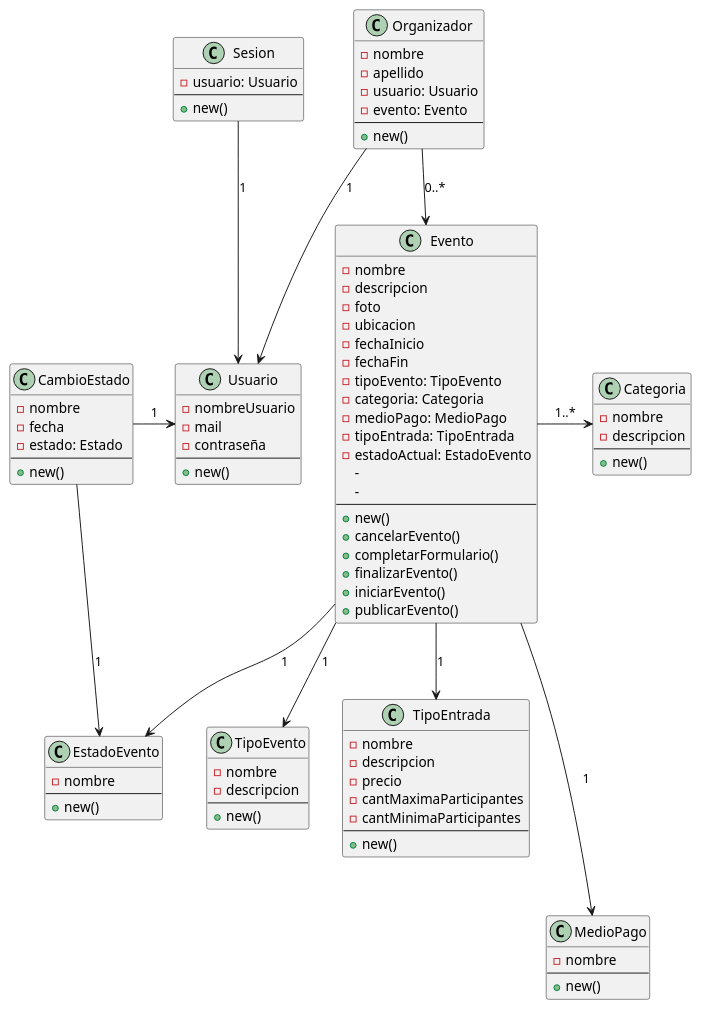
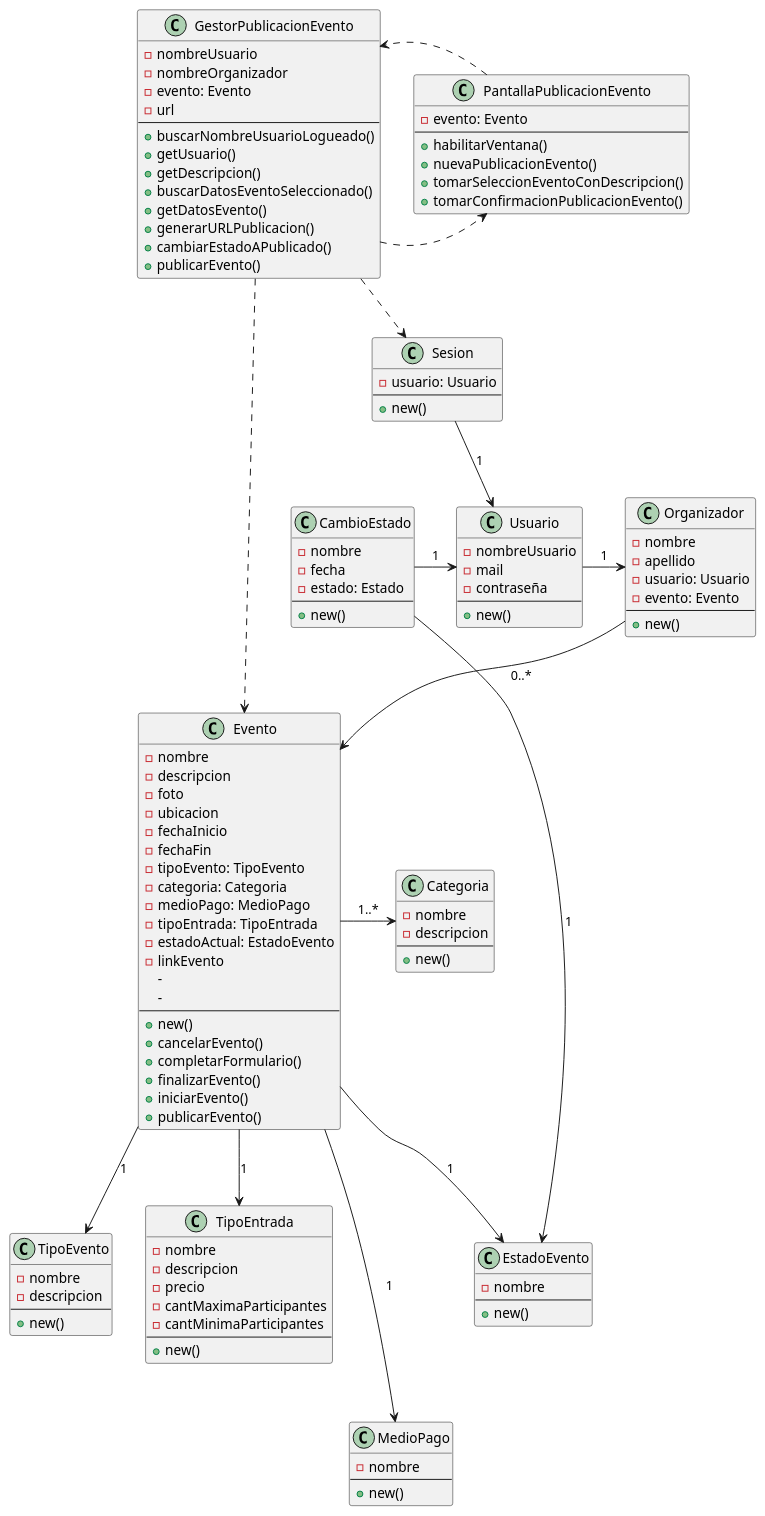
One commit to FeliDB/Diagramas_PUML changed the diagram in Eventos (nuestro)/clases.puml. Above: the diagram before and after it, drawn with PlantUML. The commit also changed 3 other files, not shown here.

```diff
--- a/Eventos (nuestro)/clases.puml
+++ b/Eventos (nuestro)/clases.puml
@@ -1,107 +1,138 @@
 @startuml
 
 class Evento{
     -nombre
     -descripcion
     -foto
     -ubicacion
     -fechaInicio
     -fechaFin
     -tipoEvento: TipoEvento
     -categoria: Categoria
     -medioPago: MedioPago
     -tipoEntrada: TipoEntrada
     -estadoActual: EstadoEvento
+    -linkEvento
     -
     -
     --
     +new()
     +cancelarEvento()
     +completarFormulario()
     +finalizarEvento()
     +iniciarEvento()
     +publicarEvento()
 }
 
 Evento -> Categoria: 1..*
 Evento --> TipoEvento: 1
 Evento --> TipoEntrada: 1
 Evento ---> MedioPago: 1
 Evento --> EstadoEvento: 1
 
 class TipoEntrada{
     -nombre
     -descripcion
     -precio
     -cantMaximaParticipantes
     -cantMinimaParticipantes
     --
     +new()
 }
 
 class Categoria{
     -nombre
     -descripcion
     --
     +new()
 }
 
 class MedioPago{
     -nombre
     --
     +new()
 }
 
 class TipoEvento{
     -nombre
     -descripcion
     --
     +new()
 }
 
 class EstadoEvento{
     -nombre
     --
     +new()
 }
 
 class CambioEstado{
     -nombre
     -fecha
     -estado: Estado
     --
     +new()
 }
 
 class Sesion{
     -usuario: Usuario
     --
     +new()
 }
 
 Sesion --> Usuario: 1
 
 class Usuario{
     -nombreUsuario
     -mail
     -contraseña
     --
     +new()
 }
 
 class Organizador{
     -nombre
     -apellido
     -usuario: Usuario
     -evento: Evento
     --
     +new()
 }
 
-Organizador -> Usuario: 1
+Usuario -> Organizador: 1
 Organizador --> Evento: 0..*
 
 CambioEstado --> EstadoEvento: 1
 CambioEstado -> Usuario: 1
 
+class PantallaPublicacionEvento{
+    -evento: Evento
+    --
+    +habilitarVentana()
+    +nuevaPublicacionEvento()
+    +tomarSeleccionEventoConDescripcion()
+    +tomarConfirmacionPublicacionEvento()
+}
+
+class GestorPublicacionEvento{
+    -nombreUsuario
+    -nombreOrganizador
+    -evento: Evento
+    -url
+    --
+    +buscarNombreUsuarioLogueado()
+    +getUsuario()
+    +getDescripcion()
+    +buscarDatosEventoSeleccionado()
+    +getDatosEvento()
+    +generarURLPublicacion()
+    +cambiarEstadoAPublicado()
+    +publicarEvento()
+}
+
+GestorPublicacionEvento .> PantallaPublicacionEvento
+PantallaPublicacionEvento .> GestorPublicacionEvento
+GestorPublicacionEvento ..> Evento
+GestorPublicacionEvento ..> Sesion
+
 @enduml
```
